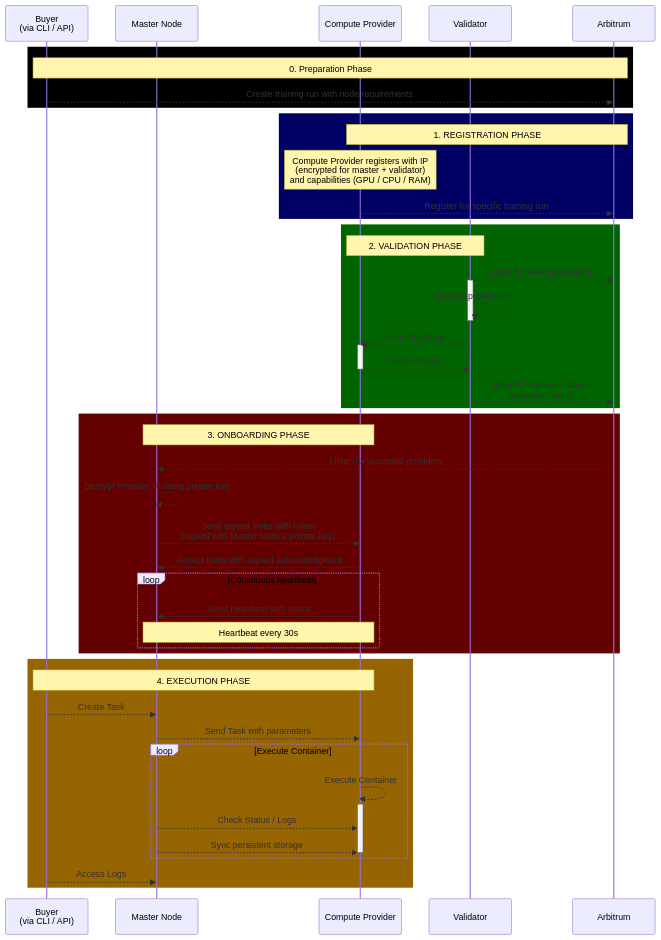
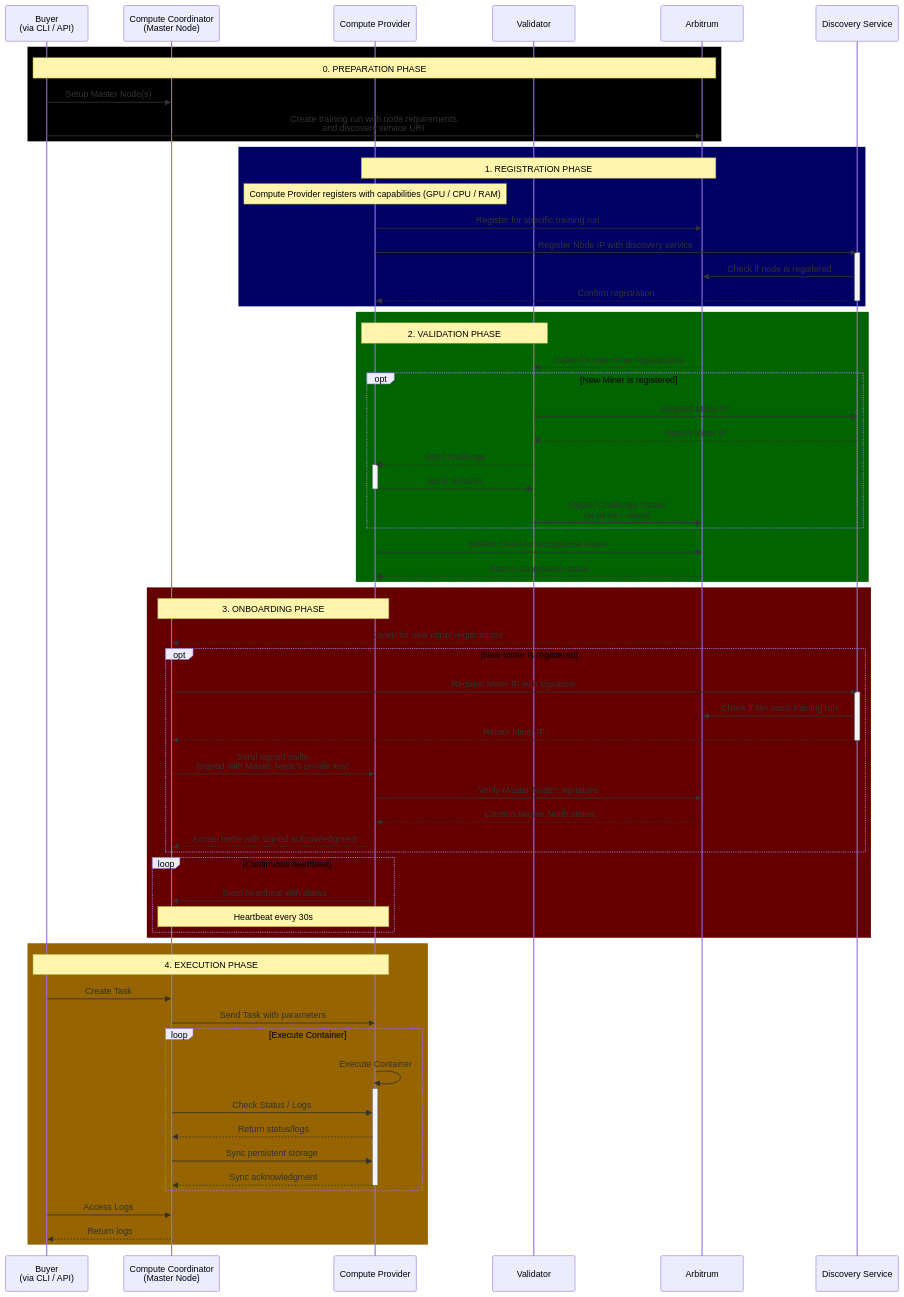
One commit to PrimeIntellect-ai/protocol changed the diagram in README.md. Above: the diagram before and after it, drawn with Mermaid.

Commit message:
Add discovery service

````diff
--- a/README.md
+++ b/README.md
@@ -29,57 +29,79 @@
 ```mermaid
 sequenceDiagram  
-participant B as Buyer <br />(via CLI / API)
-participant MA as Master Node
-participant M as Compute Provider
-participant V as Validator
-participant A as Arbitrum
+    participant B as Buyer <br />(via CLI / API)
+    participant MA as Compute Coordinator<br /> (Master Node)
+    participant M as Compute Provider
+    participant V as Validator
+    participant A as Arbitrum
+    participant D as Discovery Service
 
-rect rgb(0, 0, 0)
-  Note over B,A: 0. Preparation Phase 
-B-->>A: Create training run with node requirements
-end
-rect rgb(0, 0, 100)
-   Note over M,A: 1. REGISTRATION PHASE
-   Note over M: Compute Provider registers with IP<br/>(encrypted for master + validator)<br/>and capabilities (GPU / CPU / RAM)
-   M-->>A: Register for specific training run
-end 
+    rect rgb(0, 0, 0)
+        Note over B,A: 0. PREPARATION PHASE 
+        B->>MA: Setup Master Node(s) 
+        B->>A: Create training run with node requirements <br /> and discovery service URI 
+    end
 
-rect rgb(0, 100, 0)
-   Note over V,M: 2. VALIDATION PHASE
-   V-->>A: Listen for new registrations
-   activate V 
-   V-->>V: Decrypt provider IP
-   deactivate V
-   V-->>M: Send challenge
-   activate M
-   M-->>V: Send Solution 
-   deactivate M
-   V-->>A: Report Challenge Status<br/>(approve / reject)
-end  
+    rect rgb(0, 0, 100)
+        Note over M,A: 1. REGISTRATION PHASE
+        Note over M: Compute Provider registers with capabilities (GPU / CPU / RAM)
+        M->>A: Register for specific training run
+        M->>D: Register Node IP with discovery service
+        activate D
+        D->>A: Check if node is registered
+        D-->>M: Confirm registration
+        deactivate D
+    end 
 
-rect rgb(100, 0, 0)
-   Note over MA,M: 3. ONBOARDING PHASE
-   A-->>MA: Listen for accepted providers 
-   MA-->>MA: Decrypt Provider IP using private Key
-   MA-->>M: Send signed invite with token<br/>(signed with Master Node's private key)
-   M-->>MA: Accept invite with signed acknowledgment
-   loop Continuous heartbeat
-       M-->>MA: Send heartbeat with status
-       Note over M,MA: Heartbeat every 30s
-   end 
-end  
+    rect rgb(0, 100, 0)
+        Note over V,M: 2. VALIDATION PHASE
+        A -->> V: Listen for new miner registrations
+        opt New Miner is registered
+        V ->> D: Request Miner IP
+        D -->> V: Return Miner IP
+        V-->>M: Send challenge
+        activate M
+        M->>V: Send Solution 
+        deactivate M
+        V->>A: Report Challenge Status<br/>(approve / reject)
+        end
+        M->>A: Monitor chain for acceptance status
+        A-->>M: Return acceptance status
+    end  
 
-rect rgb(150, 100, 0)
-   Note over B,M: 4. EXECUTION PHASE
-   B-->>MA: Create Task
-   MA-->>M: Send Task with parameters
-   loop Execute Container
-       M-->>M: Execute Container
-       activate M
-       MA-->>M: Check Status / Logs 
-       MA-->>M: Sync persistent storage 
-       deactivate M
-   end
-   B-->>MA: Access Logs 
-end
+    rect rgb(100, 0, 0)
+        Note over MA,M: 3. ONBOARDING PHASE
+        A -->> MA: Listen for new miner registrations
+        opt New Miner is registered
+        MA ->> D: Request Miner IP with signature
+        activate D
+        D ->> A: Check if MA owns training run 
+        D -->> MA: Return Miner IP
+        deactivate D
+        MA->>M: Send signed invite<br/>(signed with Master Node's private key)
+        M->>A: Verify Master Node's signature
+        A-->>M: Confirm Master Node status
+        M-->>MA: Accept invite with signed acknowledgment
+        end
+        loop Continuous heartbeat
+            M->>MA: Send heartbeat with status
+            Note over M,MA: Heartbeat every 30s
+        end 
+    end  
+
+    rect rgb(150, 100, 0)
+        Note over B,M: 4. EXECUTION PHASE
+        B->>MA: Create Task
+        MA->>M: Send Task with parameters
+        loop Execute Container
+            M->>M: Execute Container
+            activate M
+            MA->>M: Check Status / Logs 
+            M-->>MA: Return status/logs
+            MA->>M: Sync persistent storage 
+            M-->>MA: Sync acknowledgment
+            deactivate M
+        end
+        B->>MA: Access Logs 
+        MA-->>B: Return logs
+    end
 ```
````
